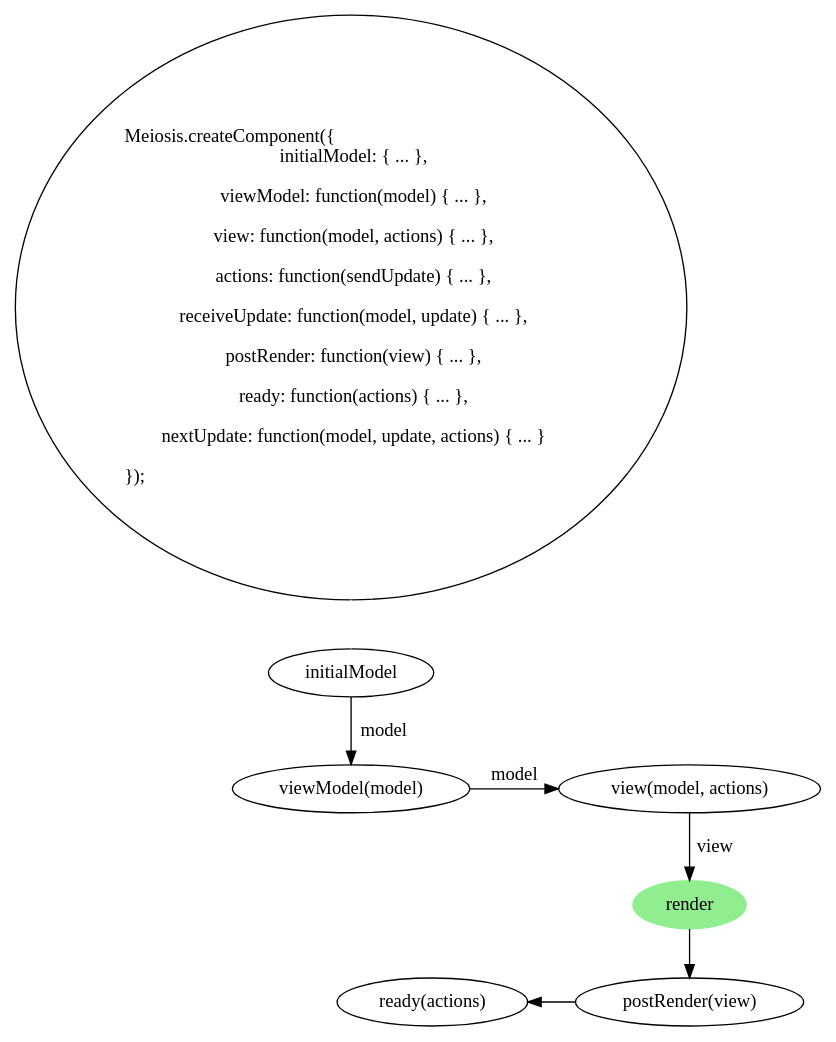
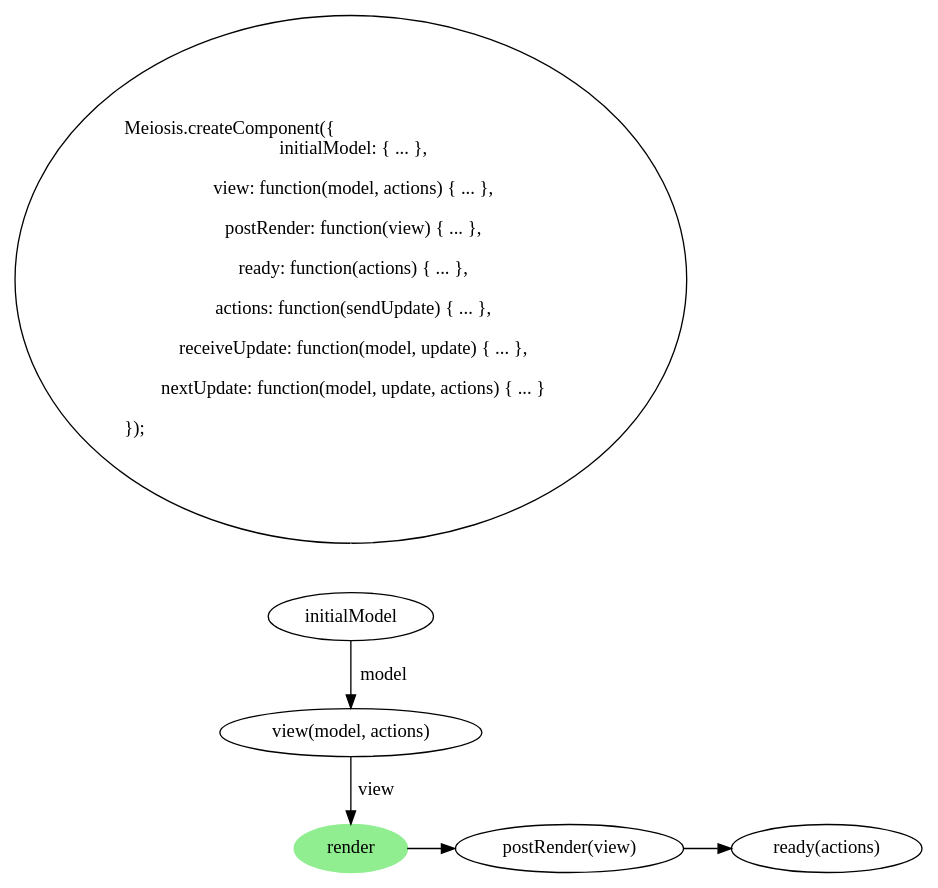
The diagram in images/meiosis_init.dot (foxdonut/meiosis-guide), drawn with Graphviz before and after one commit. The commit also changed 11 other files, not shown here.

```diff
--- a/images/meiosis_init.dot
+++ b/images/meiosis_init.dot
@@ -1,28 +1,24 @@
 digraph meiosis_init {
   createComponent [fontname=Hack, label = "\lMeiosis.createComponent(\{\l\ \ initialModel: \{ ... \},
-    \l  viewModel: function(model) \{ ... \},
     \l  view: function(model, actions) \{ ... \},
+    \l  postRender: function(view) \{ ... \},
+    \l  ready: function(actions) \{ ... \},
     \l  actions: function(sendUpdate) \{ ... \},
     \l  receiveUpdate: function(model, update) \{ ... \},
-    \l  postRender: function(view) \{ ... \},
-    \l  ready: function(actions) \{ ... \},
     \l  nextUpdate: function(model, update, actions) \{ ... \}
     \l\});\l\l"]
 
   initialModel [fontname=Hack]
-  viewModel [label = "viewModel(model)", fontname=Hack]
   view [label = "view(model, actions)", fontname=Hack]
   render [style=filled, color=lightgreen]
   postRender [label = "postRender(view)", fontname=Hack]
   ready [label = "ready(actions)", fontname=Hack]
 
-  {rank=same; viewModel view}
-  {rank=same; postRender ready}
+  {rank=same; render postRender ready}
 
   createComponent -> initialModel [arrowhead=none, arrowtail=empty, color=white]
-  initialModel -> viewModel [label = " model"]
-  viewModel -> view [label = " model"]
+  initialModel -> view [label = " model"]
   view -> render [label = " view"]
   render -> postRender
-  ready -> postRender [dir = "back"]
+  postRender -> ready
 }
```
